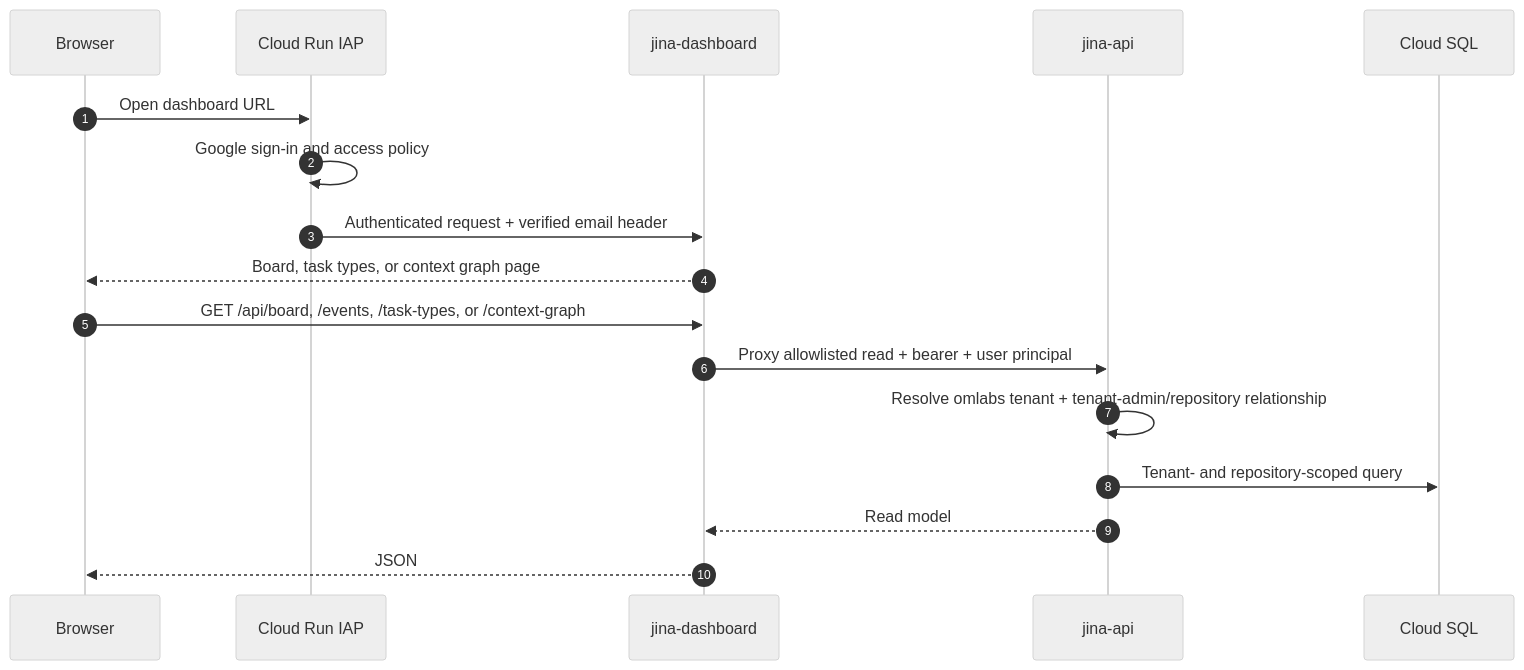
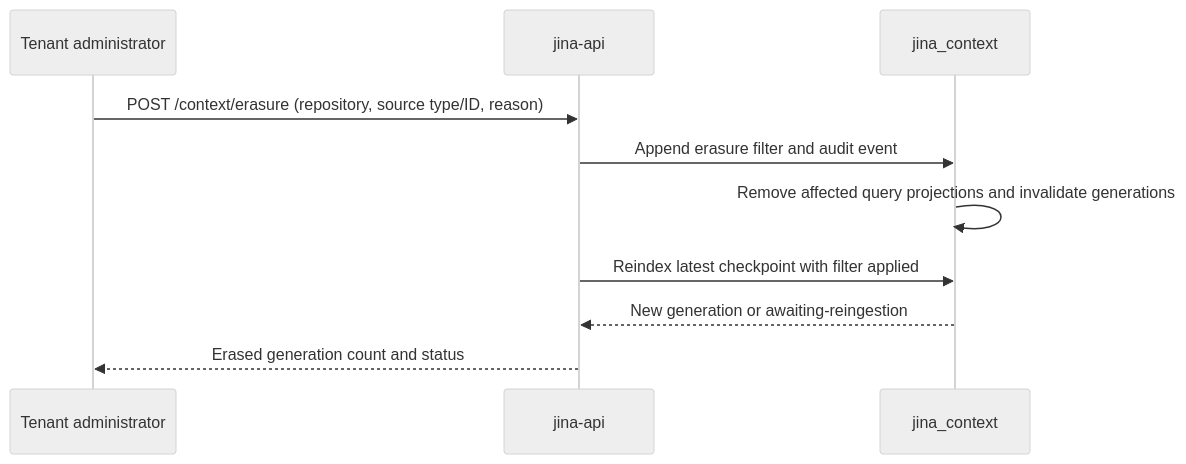
Before and after one commit to keon/jina-context-wiki-e2e-20260808: the eighth of 9 diagrams in docs/SEQUENCE_DIAGRAM.md, drawn with Mermaid (neutral theme). The commit also changed other lines of this file and 183 other files, not shown here.

Commit message:
Replace graph runtime with context engine

````diff
--- a/docs/SEQUENCE_DIAGRAM.md
+++ b/docs/SEQUENCE_DIAGRAM.md
@@ -188,20 +181,13 @@
 ```mermaid
 sequenceDiagram
-    autonumber
-    participant Browser
-    participant IAP as Cloud Run IAP
-    participant Dashboard as jina-dashboard
+    participant A as Tenant administrator
     participant API as jina-api
-    participant DB as Cloud SQL
+    participant DB as jina_context
 
-    Browser->>IAP: Open dashboard URL
-    IAP->>IAP: Google sign-in and access policy
-    IAP->>Dashboard: Authenticated request + verified email header
-    Dashboard-->>Browser: Board, task types, or context graph page
-    Browser->>Dashboard: GET /api/board, /events, /task-types, or /context-graph
-    Dashboard->>API: Proxy allowlisted read + bearer + user principal
-    API->>API: Resolve omlabs tenant + tenant-admin/repository relationship
-    API->>DB: Tenant- and repository-scoped query
-    API-->>Dashboard: Read model
-    Dashboard-->>Browser: JSON
+    A->>API: POST /context/erasure (repository, source type/ID, reason)
+    API->>DB: Append erasure filter and audit event
+    DB->>DB: Remove affected query projections and invalidate generations
+    API->>DB: Reindex latest checkpoint with filter applied
+    DB-->>API: New generation or awaiting-reingestion
+    API-->>A: Erased generation count and status
 ```
````
